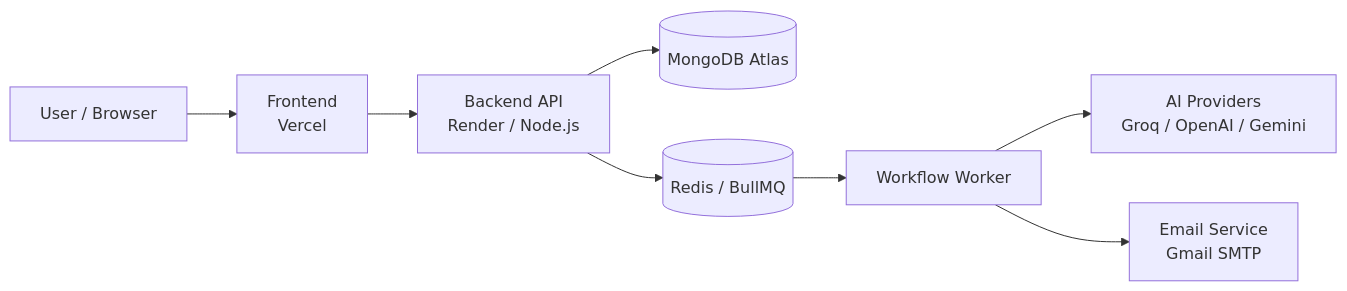
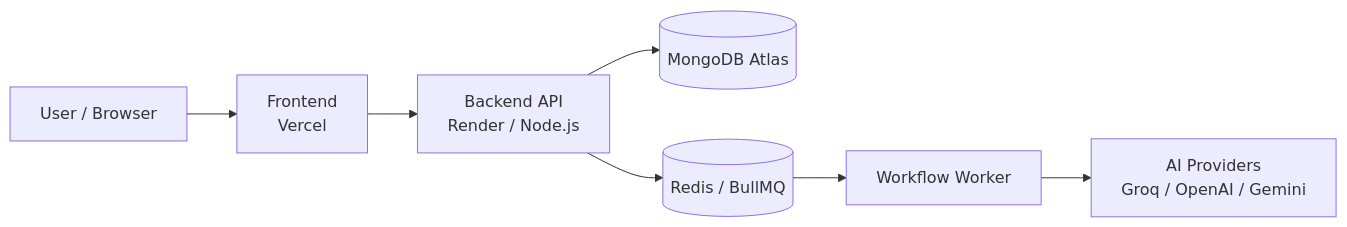
One commit to mhd-faraz/Relay-Workflow-Automation changed the second of 2 diagrams in README.md. Above: the diagram before and after it, drawn with Mermaid. The commit also changed other lines of this file and 40 other files, not shown here.

````diff
--- a/README.md
+++ b/README.md
@@ -379,10 +391,9 @@
 ```mermaid
 flowchart LR
     User[User / Browser] --> FE[Frontend\nVercel]
     FE --> API[Backend API\nRender / Node.js]
     API --> DB[(MongoDB Atlas)]
     API --> Q[(Redis / BullMQ)]
     Q --> W[Workflow Worker]
     W --> AI[AI Providers\nGroq / OpenAI / Gemini]
-    W --> MAIL[Email Service\nGmail SMTP]
 ```
````
